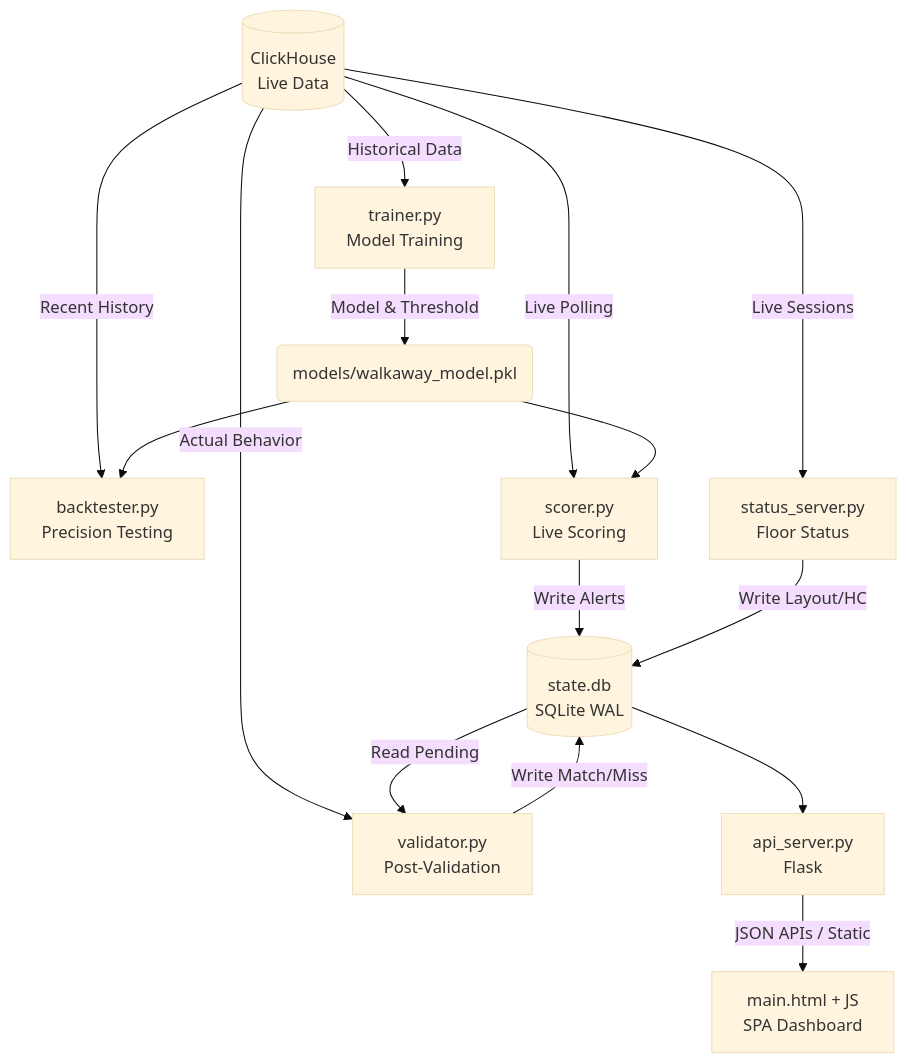
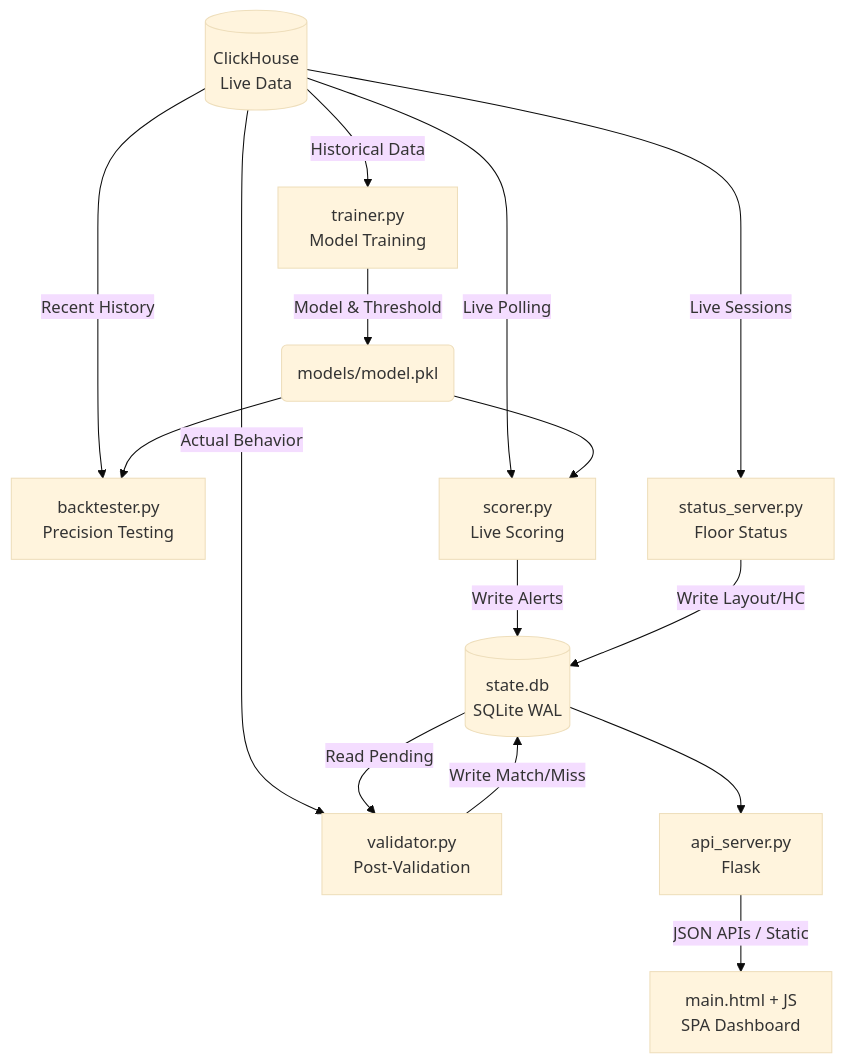
Before and after one commit to comsaint/Patron_Walkaway: the diagram in doc/TRAINER_SUMMARY.md, drawn with Mermaid (base theme). The commit also changed 17 other files, not shown here.

````diff
--- a/doc/TRAINER_SUMMARY.md
+++ b/doc/TRAINER_SUMMARY.md
@@ -8,22 +8,22 @@
 ```mermaid
 graph TD
     CH[(ClickHouse\nLive Data)] -->|Historical Data| Trainer[trainer.py\nModel Training]
-    Trainer -->|Model & Threshold| Models(models/walkaway_model.pkl)
+    Trainer -->|Model & Threshold| Models(models/model.pkl)
     
     CH -->|Recent History| Backtester[backtester.py\nPrecision Testing]
     Models --> Backtester
     
     CH -->|Live Polling| Scorer[scorer.py\nLive Scoring]
     Models --> Scorer
     Scorer -->|Write Alerts| DB[(state.db\nSQLite WAL)]
     
     CH -->|Actual Behavior| Validator[validator.py\nPost-Validation]
     DB -->|Read Pending| Validator
     Validator -->|Write Match/Miss| DB
     
     CH -->|Live Sessions| StatusServer[status_server.py\nFloor Status]
     StatusServer -->|Write Layout/HC| DB
     
     DB --> API[api_server.py\nFlask]
     API -->|JSON APIs / Static| Frontend[main.html + JS\nSPA Dashboard]
 ```
````
